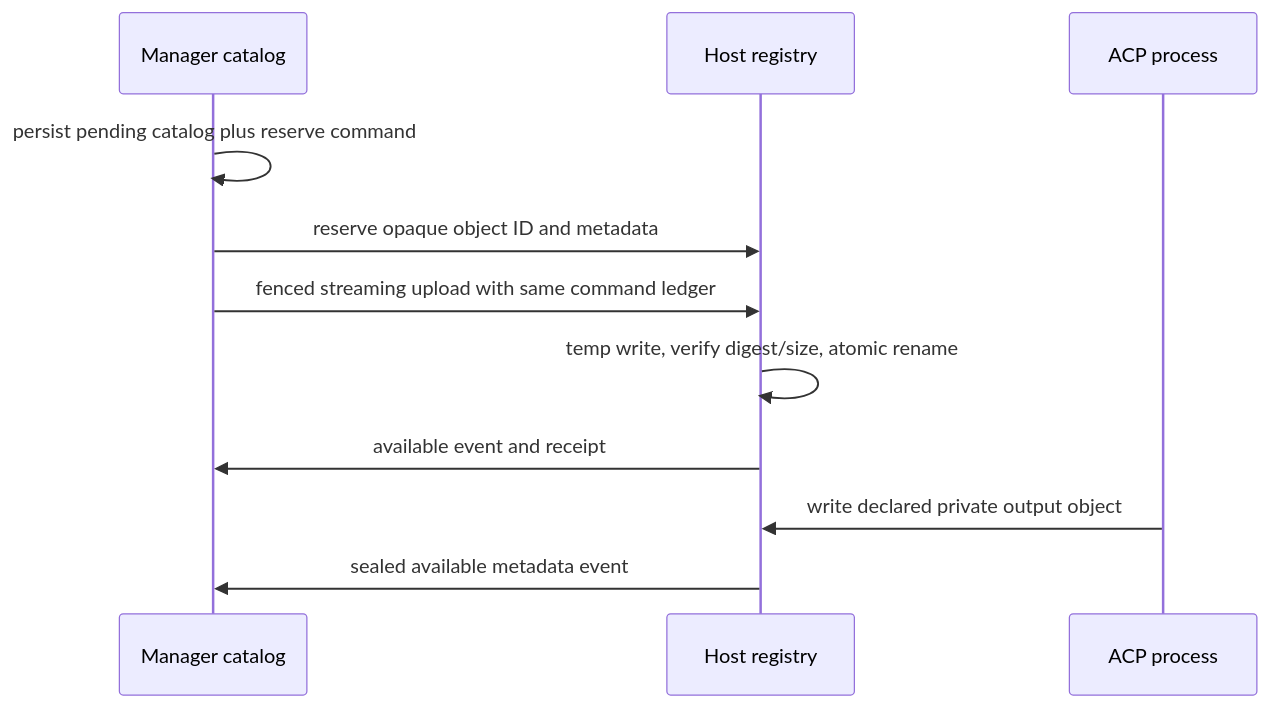
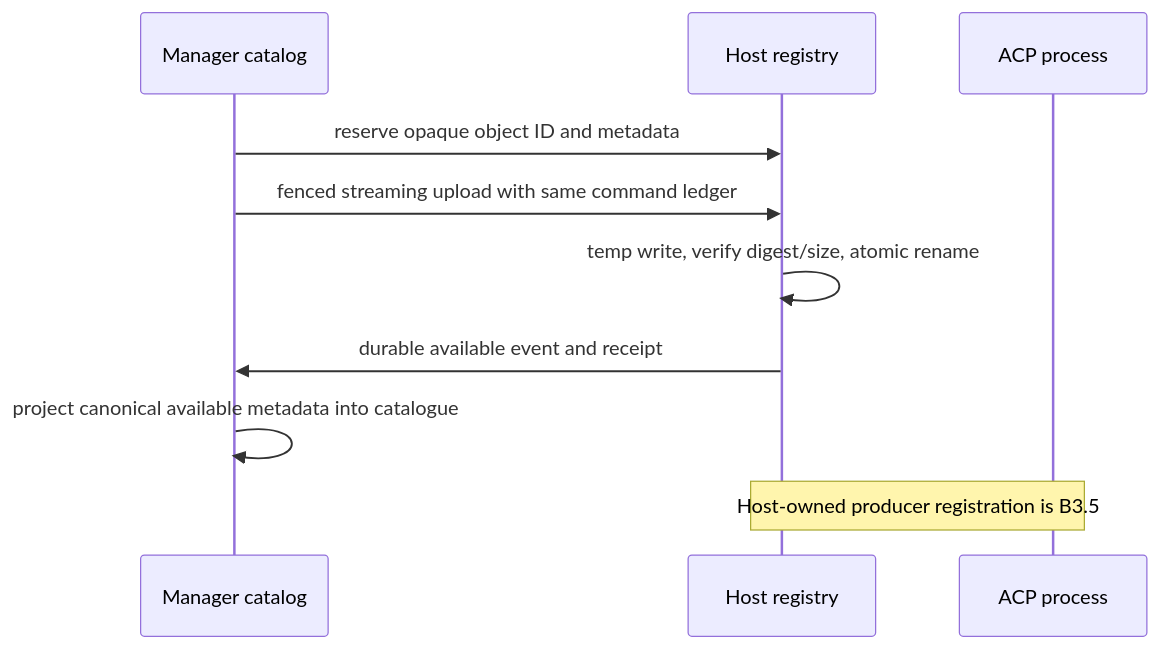
Before and after one commit to maister-dev/maister: the second of 2 diagrams in docs/system-analytics/execution-runtime-objects.md, drawn with Mermaid. The commit also changed other lines of this file and 59 other files, not shown here.

````diff
--- a/docs/system-analytics/execution-runtime-objects.md
+++ b/docs/system-analytics/execution-runtime-objects.md
@@ -44,13 +43,12 @@
 ```mermaid
 sequenceDiagram
   participant M as Manager catalog
   participant H as Host registry
   participant A as ACP process
-  M->>M: persist pending catalog plus reserve command
   M->>H: reserve opaque object ID and metadata
   M->>H: fenced streaming upload with same command ledger
   H->>H: temp write, verify digest/size, atomic rename
-  H->>M: available event and receipt
-  A->>H: write declared private output object
-  H->>M: sealed available metadata event
+  H->>M: durable available event and receipt
+  M->>M: project canonical available metadata into catalogue
+  Note over A,H: Host-owned producer registration is B3.5
 ```
````
